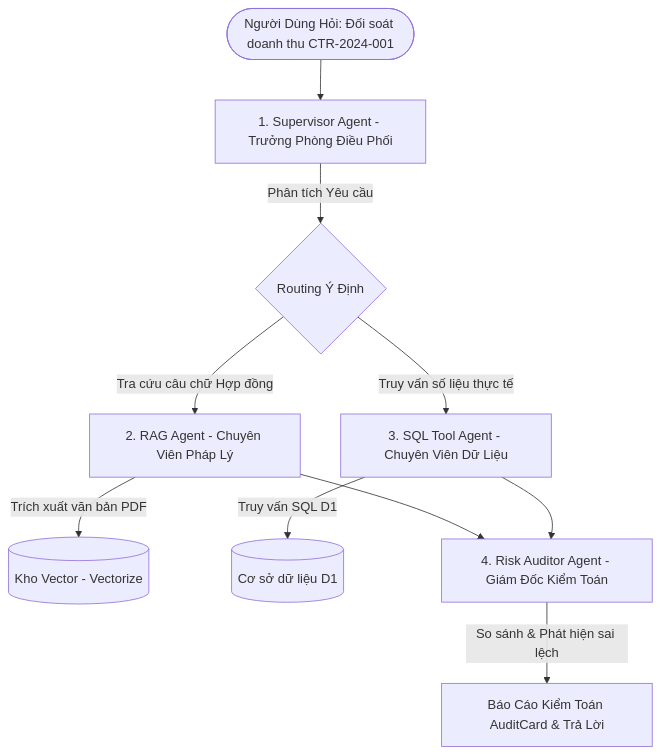
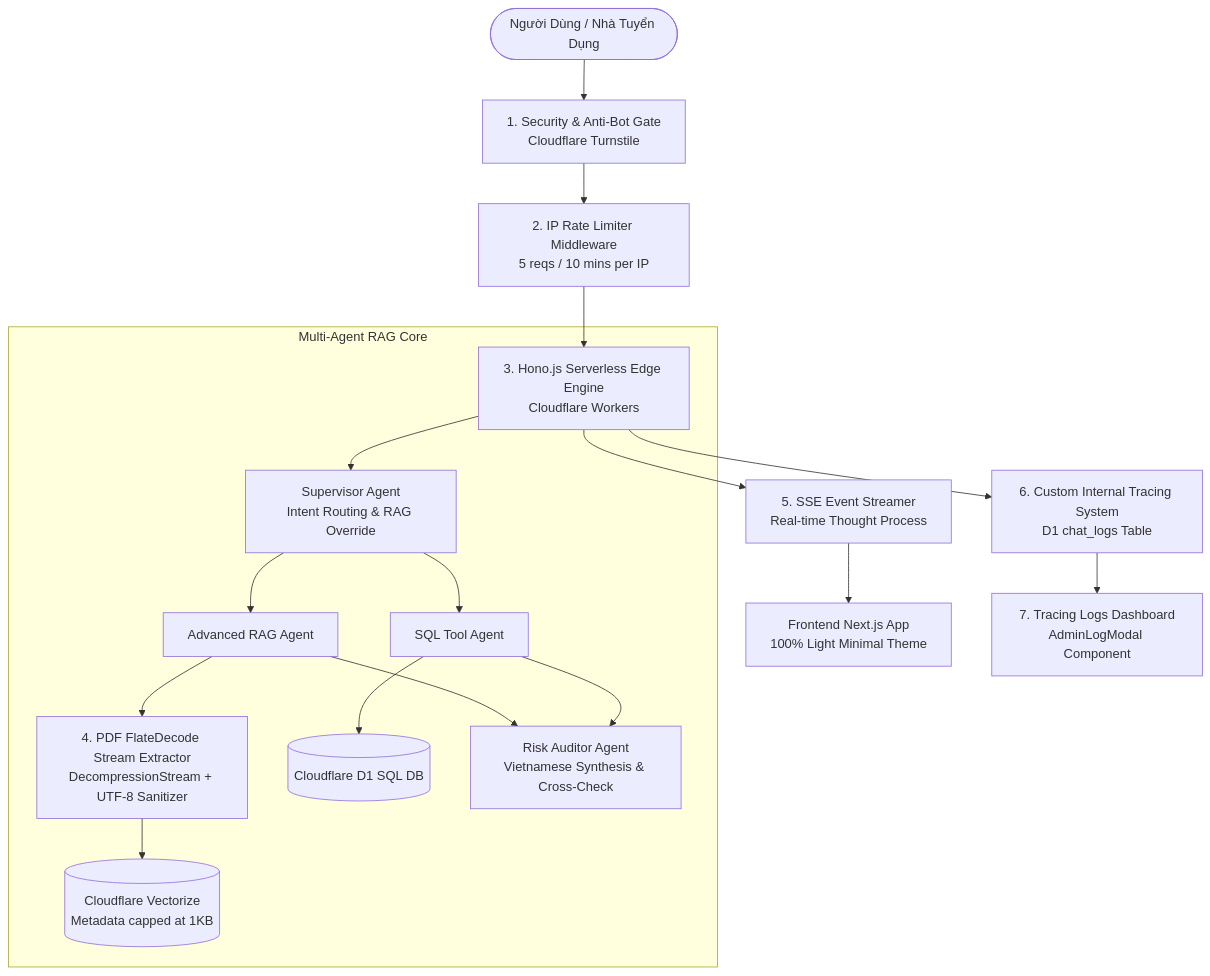
Before and after one commit to ThanhLuuv/finlegal-ai-fe: the diagram in SYSTEM_ARCHITECTURE.md, drawn with Mermaid. The commit also changed other lines of this file, not shown here.

Commit message:
docs: update technical architecture documentation with 7 in-depth tech solutions and interview flashcards

````diff
--- a/SYSTEM_ARCHITECTURE.md
+++ b/SYSTEM_ARCHITECTURE.md
@@ -20,17 +9,26 @@
 ```mermaid
 flowchart TD
-    User([Người Dùng Hỏi: Đối soát doanh thu CTR-2024-001]) --> Supervisor[1. Supervisor Agent - Trưởng Phòng Điều Phối]
+    User([Người Dùng / Nhà Tuyển Dụng]) --> SecurityGate[1. Security & Anti-Bot Gate\nCloudflare Turnstile]
+    SecurityGate --> RateLimiter[2. IP Rate Limiter Middleware\n5 reqs / 10 mins per IP]
     
-    Supervisor -->|Phân tích Yêu cầu| Router{Routing Ý Định}
+    RateLimiter --> API[3. Hono.js Serverless Edge Engine\nCloudflare Workers]
     
-    Router -->|Tra cứu câu chữ Hợp đồng| RAG[2. RAG Agent - Chuyên Viên Pháp Lý]
-    Router -->|Truy vấn số liệu thực tế| SQL[3. SQL Tool Agent - Chuyên Viên Dữ Liệu]
+    subgraph Multi-Agent RAG Core
+        API --> Supervisor[Supervisor Agent\nIntent Routing & RAG Override]
+        Supervisor --> RAG[Advanced RAG Agent]
+        Supervisor --> SQL[SQL Tool Agent]
+        
+        RAG --> PDFEngine[4. PDF FlateDecode Stream Extractor\nDecompressionStream + UTF-8 Sanitizer]
+        PDFEngine --> Vectorize[(Cloudflare Vectorize\nMetadata capped at 1KB)]
+        SQL --> D1[(Cloudflare D1 SQL DB)]
+        
+        RAG --> Auditor[Risk Auditor Agent\nVietnamese Synthesis & Cross-Check]
+        SQL --> Auditor
+    end
     
-    RAG -->|Trích xuất văn bản PDF| Vectorize[(Kho Vector - Vectorize)]
-    SQL -->|Truy vấn SQL D1| D1[(Cơ sở dữ liệu D1)]
+    API --> SSE[5. SSE Event Streamer\nReal-time Thought Process]
+    API --> InternalLog[6. Custom Internal Tracing System\nD1 chat_logs Table]
     
-    RAG --> Auditor[4. Risk Auditor Agent - Giám Đốc Kiểm Toán]
-    SQL --> Auditor
-    
-    Auditor -->|So sánh & Phát hiện sai lệch| Report[Báo Cáo Kiểm Toán AuditCard & Trả Lời]
+    SSE --> FE[Frontend Next.js App\n100% Light Minimal Theme]
+    InternalLog --> AdminModal[7. Tracing Logs Dashboard\nAdminLogModal Component]
 ```
````
